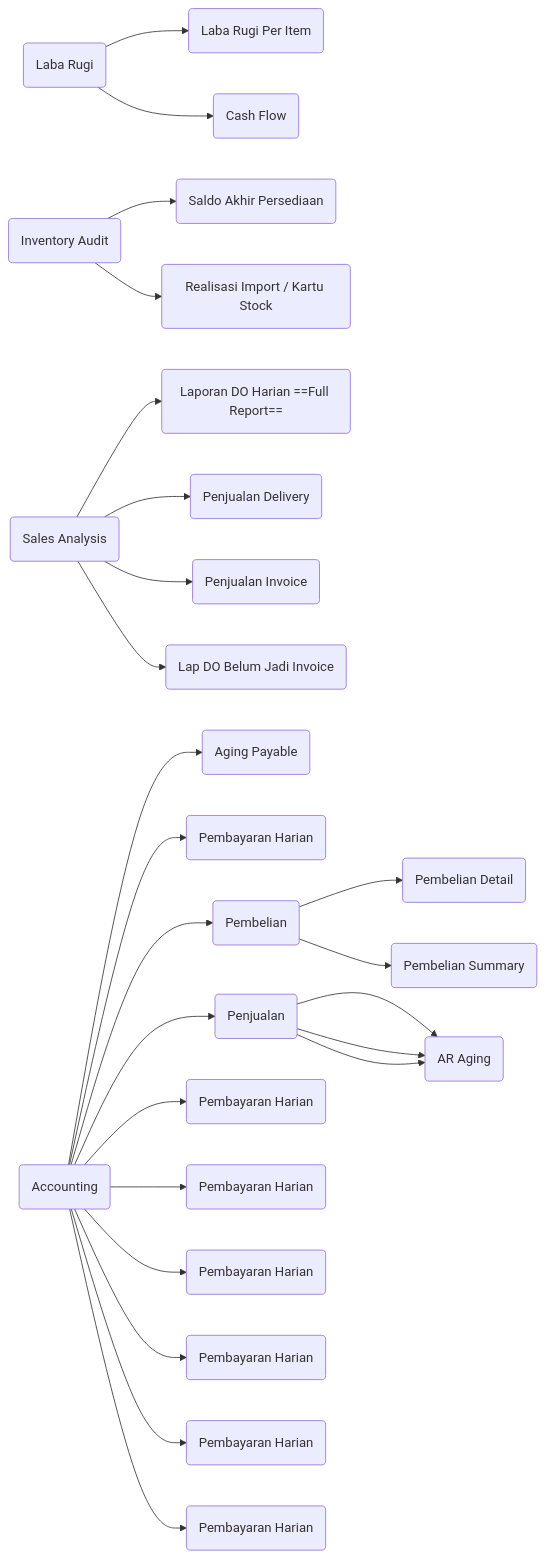
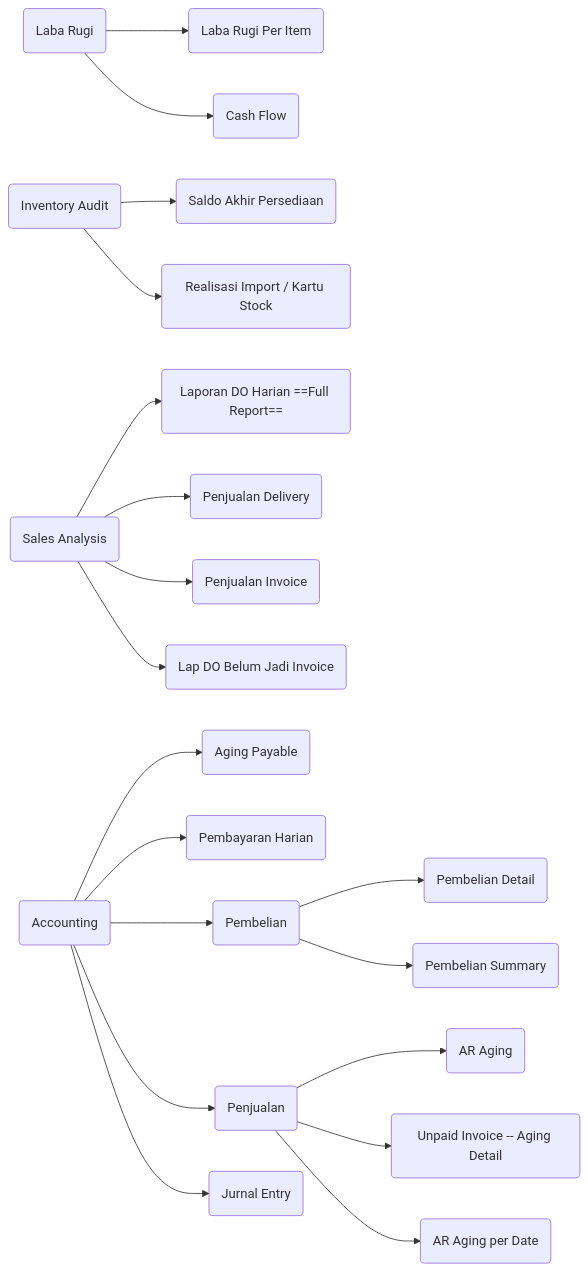
The diagram in cnw_awr28_doc.md (andyut/cnw_doc), drawn with Mermaid before and after one commit. The commit also changed other lines of this file, not shown here.

Commit message:
cnw_awr28_doc.md updated from https://stackedit.io/

````diff
--- a/cnw_awr28_doc.md
+++ b/cnw_awr28_doc.md
@@ -17,38 +17,27 @@
 ```mermaid
 graph LR
 A(Laba Rugi) --> A1(Laba Rugi Per Item)
 A --> A2(Cash Flow)
 
 B(Inventory Audit) --> B1(Saldo Akhir Persediaan)
 B --> B2(Realisasi Import / Kartu Stock)
 
 C(Sales Analysis) --> C1(Laporan DO Harian ==Full Report==)
 C --> C2(Penjualan Delivery)
 C --> C3(Penjualan Invoice)
 C --> C4(Lap DO Belum Jadi Invoice)
 
 D(Accounting) --> D1(Aging Payable)
 D --> D2(Pembayaran Harian)
 D --> D3(Pembelian)
 D3 --> D3a(Pembelian Detail)
 D3 --> D3b(Pembelian Summary)
 
 D --> D4(Penjualan)
 D4 --> D4a(AR Aging)
-D4 --> D4a(Unpaid Invoice -- Aging Detail)
-D4 --> D4a(AR Aging)
-
-D --> D5(Pembayaran Harian)
-D --> D6(Pembayaran Harian)
-D --> D7(Pembayaran Harian)
-D --> D8(Pembayaran Harian)
-D --> D9(Pembayaran Harian)
-D --> D10(Pembayaran Harian)
-
-
-
-
-
+D4 --> D4b(Unpaid Invoice -- Aging Detail)
+D4 --> D4c(AR Aging per Date)
+D --> D5(Jurnal Entry)
 
 
 ```
````
